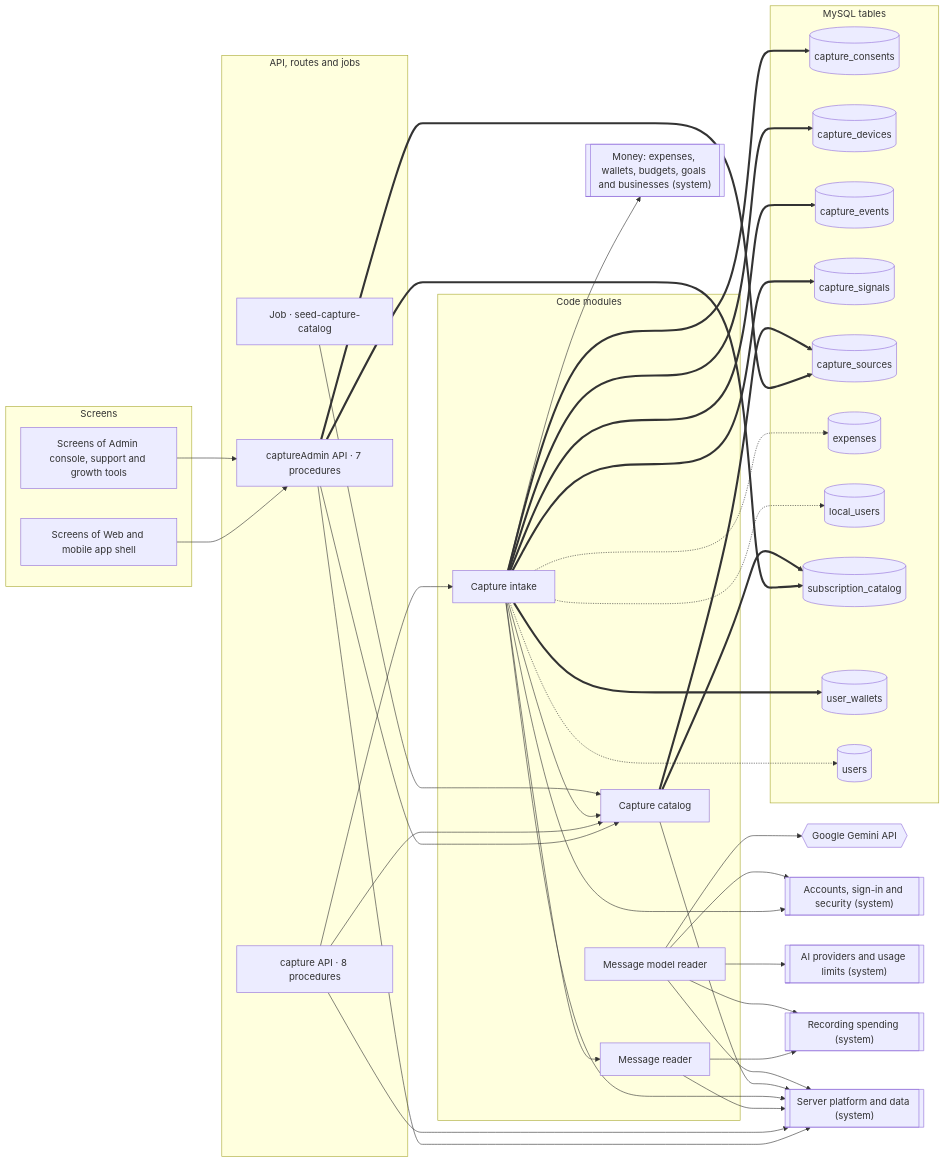
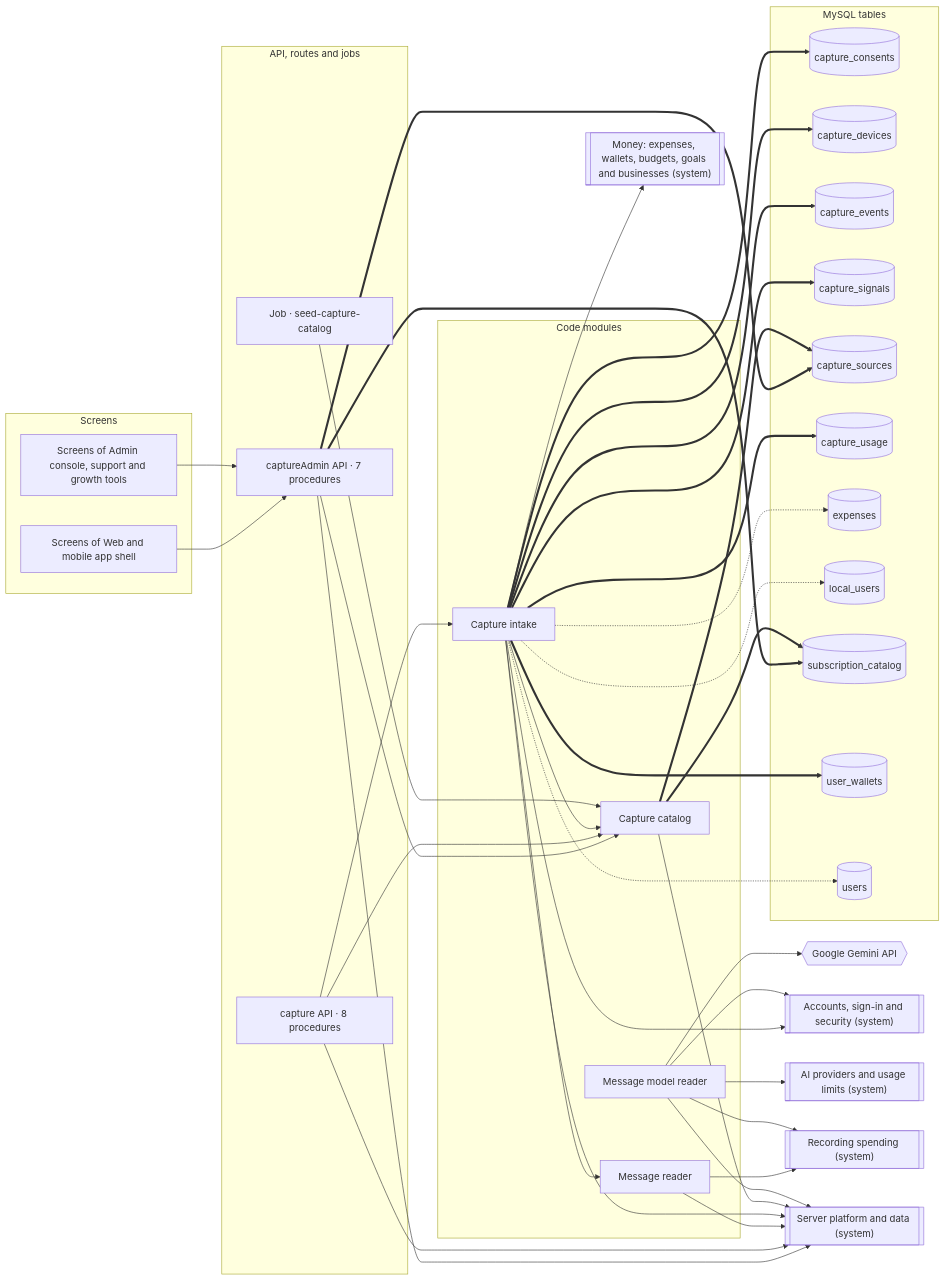
Before and after one commit to mahmoudtaherr111/smartspend_mini_all: the diagram in docs/atlas/systems/bank-messages.md, drawn with Mermaid. The commit also changed other lines of this file and 44 other files, not shown here.

````diff
--- a/docs/atlas/systems/bank-messages.md
+++ b/docs/atlas/systems/bank-messages.md
@@ -13,69 +13,71 @@
 ```mermaid
 flowchart LR
   subgraph g_screens["Screens"]
     screens_admin["Screens of Admin console, support and growth tools"]
     screens_web_app["Screens of Web and mobile app shell"]
   end
   subgraph g_api["API, routes and jobs"]
     job_seed_capture_catalog["Job · seed-capture-catalog"]
     router_captureAdmin["captureAdmin API · 7 procedures"]
     router_capture["capture API · 8 procedures"]
   end
   subgraph g_modules["Code modules"]
     mod_capture_ai_reader["Message model reader"]
     mod_capture_catalog["Capture catalog"]
     mod_capture_intake["Capture intake"]
     mod_capture_reader["Message reader"]
   end
   subgraph g_tables["MySQL tables"]
     tbl_capture_consents[("capture_consents")]
     tbl_capture_devices[("capture_devices")]
     tbl_capture_events[("capture_events")]
     tbl_capture_signals[("capture_signals")]
     tbl_capture_sources[("capture_sources")]
+    tbl_capture_usage[("capture_usage")]
     tbl_expenses[("expenses")]
     tbl_local_users[("local_users")]
     tbl_subscription_catalog[("subscription_catalog")]
     tbl_user_wallets[("user_wallets")]
     tbl_users[("users")]
   end
   ext_gemini{{"Google Gemini API"}}
   sys_accounts[["Accounts, sign-in and security (system)"]]
   sys_ai_platform[["AI providers and usage limits (system)"]]
   sys_expense_capture[["Recording spending (system)"]]
   sys_money[["Money: expenses, wallets, budgets, goals and businesses (system)"]]
   sys_platform[["Server platform and data (system)"]]
   job_seed_capture_catalog --> mod_capture_catalog
   mod_capture_ai_reader --> ext_gemini
   mod_capture_ai_reader --> sys_accounts
   mod_capture_ai_reader --> sys_ai_platform
   mod_capture_ai_reader --> sys_expense_capture
   mod_capture_ai_reader --> sys_platform
   mod_capture_catalog --> sys_platform
   mod_capture_catalog ==> tbl_capture_sources
   mod_capture_catalog ==> tbl_subscription_catalog
   mod_capture_intake --> mod_capture_catalog
   mod_capture_intake --> mod_capture_reader
   mod_capture_intake --> sys_accounts
   mod_capture_intake --> sys_money
   mod_capture_intake --> sys_platform
   mod_capture_intake -.-> tbl_expenses
   mod_capture_intake -.-> tbl_local_users
   mod_capture_intake -.-> tbl_users
   mod_capture_intake ==> tbl_capture_consents
   mod_capture_intake ==> tbl_capture_devices
   mod_capture_intake ==> tbl_capture_events
   mod_capture_intake ==> tbl_capture_signals
+  mod_capture_intake ==> tbl_capture_usage
   mod_capture_intake ==> tbl_user_wallets
   mod_capture_reader --> sys_expense_capture
   mod_capture_reader --> sys_platform
   router_capture --> mod_capture_catalog
   router_capture --> mod_capture_intake
   router_capture --> sys_platform
   router_captureAdmin --> mod_capture_catalog
   router_captureAdmin --> sys_platform
   router_captureAdmin ==> tbl_capture_sources
   router_captureAdmin ==> tbl_subscription_catalog
   screens_admin --> router_captureAdmin
   screens_web_app --> router_captureAdmin
 ```
````
